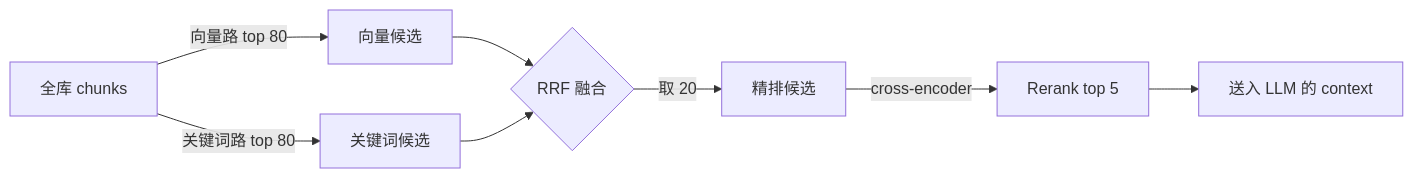
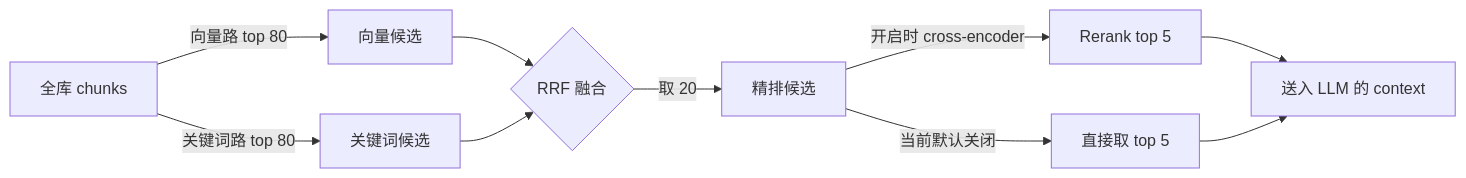
The fifth of 5 diagrams in 0607-rag-service/docs/ARCHITECTURE.md (BryanLi93/ai-practise), drawn with Mermaid before and after one commit. The commit also changed other lines of this file and 21 other files, not shown here.

````diff
--- a/0607-rag-service/docs/ARCHITECTURE.md
+++ b/0607-rag-service/docs/ARCHITECTURE.md
@@ -144,10 +225,12 @@
 ```mermaid
 graph LR
     A[全库 chunks] -->|向量路 top 80| B[向量候选]
     A -->|关键词路 top 80| C[关键词候选]
     B --> D{RRF 融合}
     C --> D
     D -->|取 20| E[精排候选]
-    E -->|cross-encoder| F[Rerank top 5]
+    E -->|开启时 cross-encoder| F[Rerank top 5]
+    E -->|当前默认关闭| F2[直接取 top 5]
     F --> G[送入 LLM 的 context]
+    F2 --> G
 ```
````
